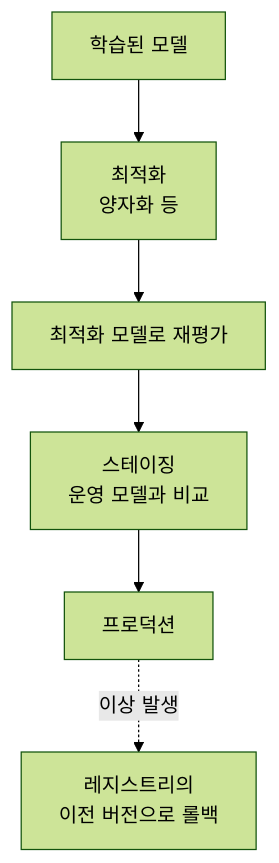
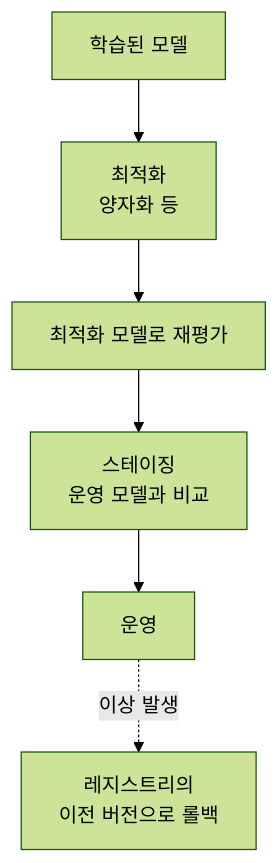
Before and after one commit to beengineer500/beengineer500.github.io: the sixth of 14 diagrams in content/posts/2026/mlops-01-lifecycle-and-maturity/index.md, drawn with Mermaid (forest theme). The commit also changed other lines of this file and 1 other file, not shown here.

````diff
--- a/content/posts/2026/mlops-01-lifecycle-and-maturity/index.md
+++ b/content/posts/2026/mlops-01-lifecycle-and-maturity/index.md
@@ -404,8 +395,8 @@
 ```mermaid
 flowchart TD
     A["학습된 모델"] --> B["최적화<br/>양자화 등"]
     B --> C["최적화 모델로 재평가"]
     C --> D["스테이징<br/>운영 모델과 비교"]
-    D --> E["프로덕션"]
+    D --> E["운영"]
     E -.->|"이상 발생"| F["레지스트리의<br/>이전 버전으로 롤백"]
 ```
````
